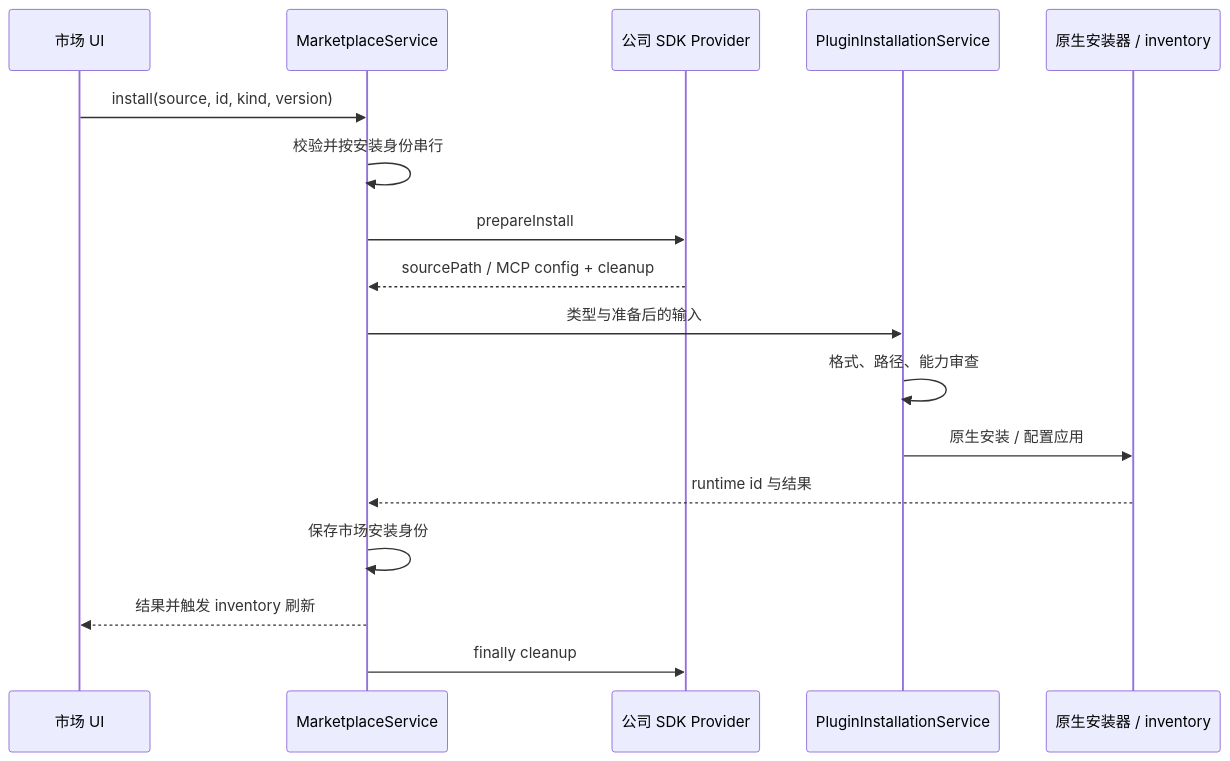
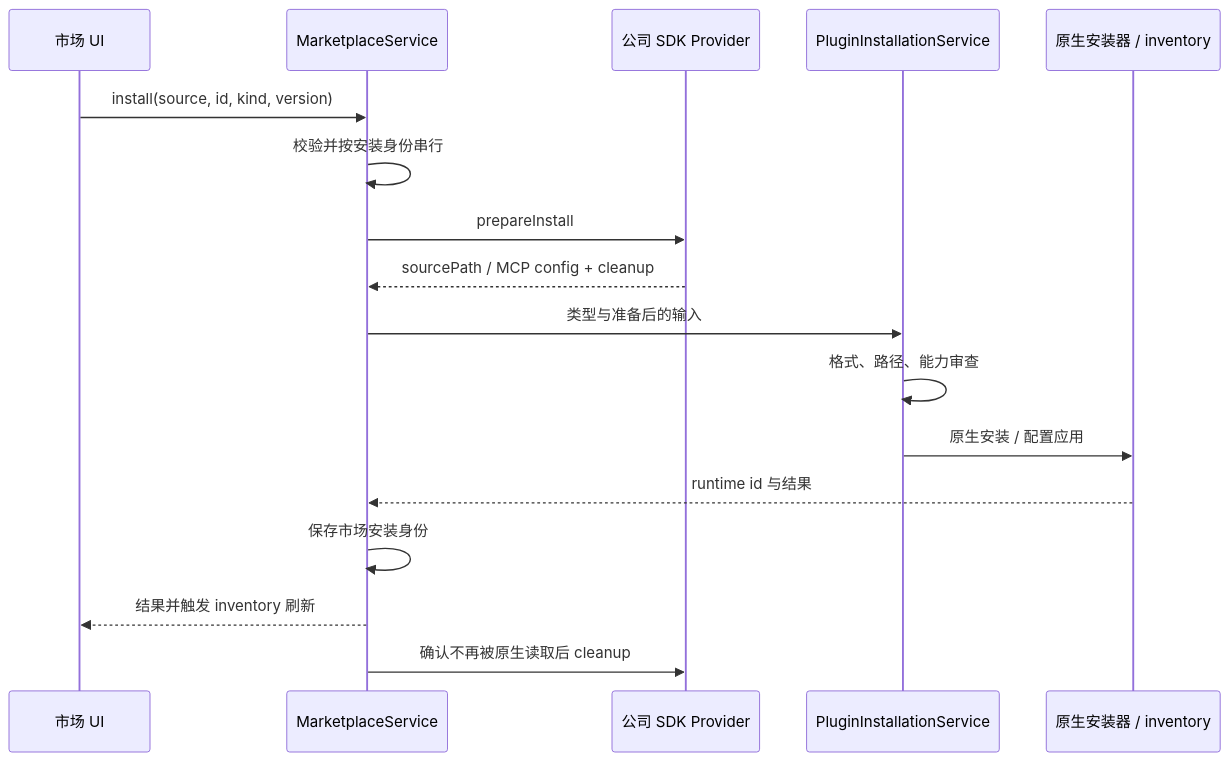
The diagram in docs/architecture/16-skill-marketplace-adapter.md (liangxhao/JustDo), drawn with Mermaid before and after one commit. The commit also changed other lines of this file and 36 other files, not shown here.

````diff
--- a/docs/architecture/16-skill-marketplace-adapter.md
+++ b/docs/architecture/16-skill-marketplace-adapter.md
@@ -34,19 +34,19 @@
 ```mermaid
 sequenceDiagram
   participant UI as 市场 UI
   participant M as MarketplaceService
   participant P as 公司 SDK Provider
   participant I as PluginInstallationService
   participant G as 原生安装器 / inventory
   UI->>M: install(source, id, kind, version)
   M->>M: 校验并按安装身份串行
   M->>P: prepareInstall
   P-->>M: sourcePath / MCP config + cleanup
   M->>I: 类型与准备后的输入
   I->>I: 格式、路径、能力审查
   I->>G: 原生安装 / 配置应用
   G-->>M: runtime id 与结果
   M->>M: 保存市场安装身份
   M-->>UI: 结果并触发 inventory 刷新
-  M->>P: finally cleanup
+  M->>P: 确认不再被原生读取后 cleanup
 ```
````
